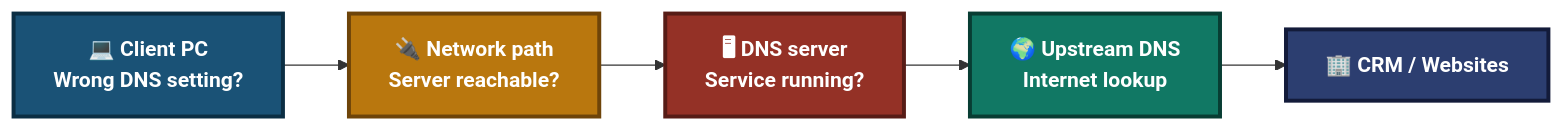
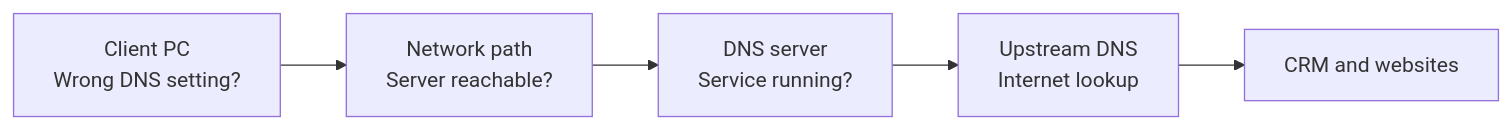
One commit to malaika-azhar/Customer-Tech-Support-Portfolio changed the third of 5 diagrams in 02-Ticket-simulations/02.1-DNS-Ticket.md. Above: the diagram before and after it, drawn with Mermaid. The commit also changed other lines of this file, not shown here.

````diff
--- a/02-Ticket-simulations/02.1-DNS-Ticket.md
+++ b/02-Ticket-simulations/02.1-DNS-Ticket.md
@@ -209,10 +232,4 @@
 ```mermaid
 flowchart LR
-    A["💻 Client PC<br/>Wrong DNS setting?"]:::a --> B["🔌 Network path<br/>Server reachable?"]:::b --> C["🖥 DNS server<br/>Service running?"]:::c --> D["🌍 Upstream DNS<br/>Internet lookup"]:::d --> E["🏢 CRM / Websites"]:::e
-
-    classDef a fill:#1A5276,stroke:#0B2E43,stroke-width:3px,color:#FFFFFF,font-weight:bold
-    classDef b fill:#B9770E,stroke:#6E4409,stroke-width:3px,color:#FFFFFF,font-weight:bold
-    classDef c fill:#943126,stroke:#571C16,stroke-width:3px,color:#FFFFFF,font-weight:bold
-    classDef d fill:#117864,stroke:#083D33,stroke-width:3px,color:#FFFFFF,font-weight:bold
-    classDef e fill:#2C3E70,stroke:#131B3A,stroke-width:3px,color:#FFFFFF,font-weight:bold
+    A["Client PC<br>Wrong DNS setting?"] --> B["Network path<br>Server reachable?"] --> C["DNS server<br>Service running?"] --> D["Upstream DNS<br>Internet lookup"] --> E["CRM and websites"]
 ```
````
